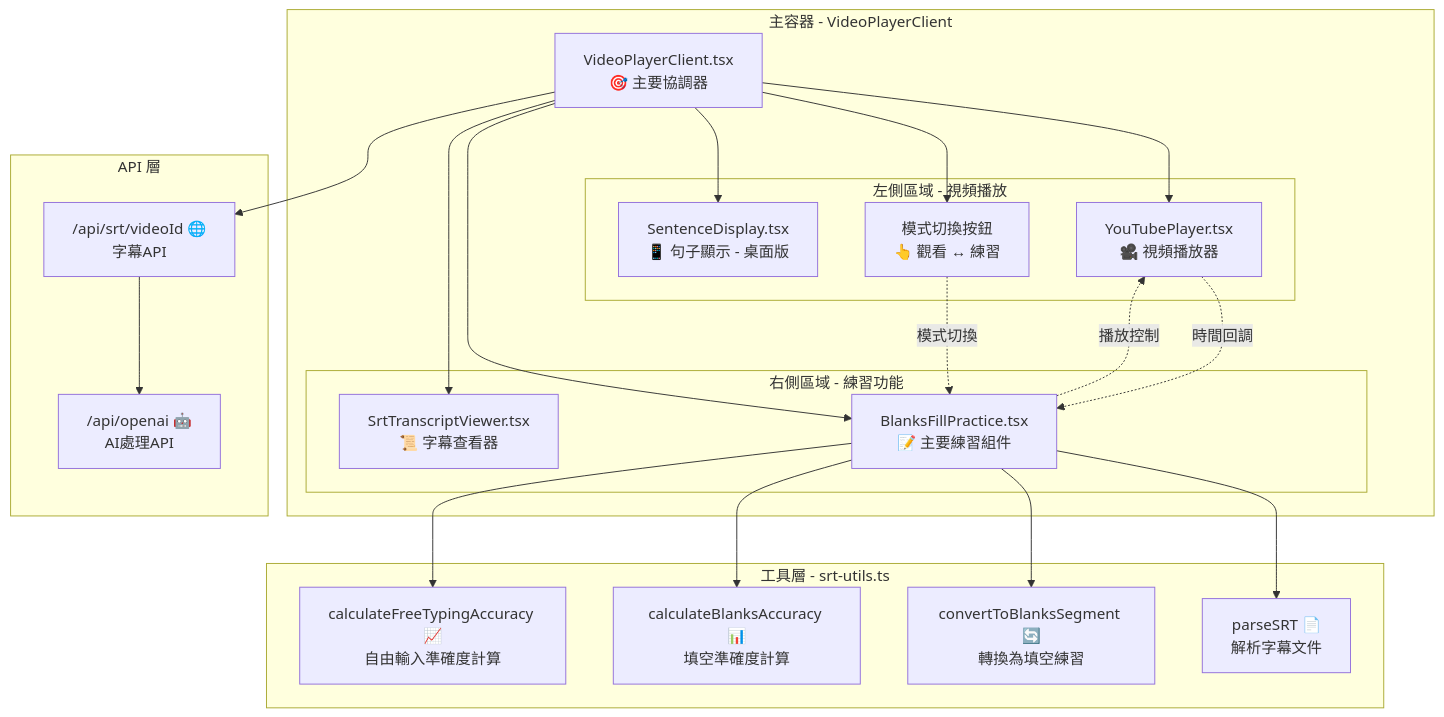
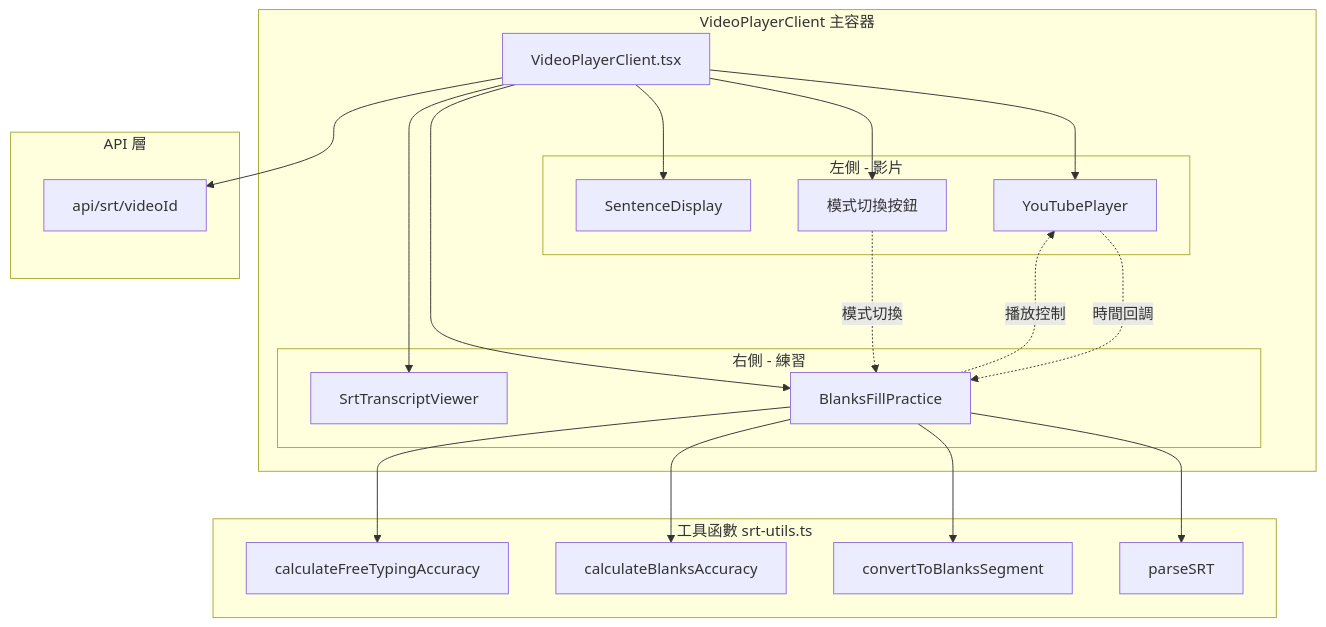
Before and after one commit to crazycjh/language-learning-transcribe: the first of 3 diagrams in docs/DICTATION_COMPONENTS_DIAGRAM.md, drawn with Mermaid. The commit also changed other lines of this file and 7 other files, not shown here.

````diff
--- a/docs/DICTATION_COMPONENTS_DIAGRAM.md
+++ b/docs/DICTATION_COMPONENTS_DIAGRAM.md
@@ -5,47 +7,45 @@
 ```mermaid
 graph TB
-    subgraph "主容器 - VideoPlayerClient"
-        VPC[VideoPlayerClient.tsx<br/>🎯 主要協調器]
+    subgraph "VideoPlayerClient 主容器"
+        VPC[VideoPlayerClient.tsx]
         
-        subgraph "左側區域 - 視頻播放"
-            YTP[YouTubePlayer.tsx<br/>🎥 視頻播放器]
-            MODE[模式切換按鈕<br/>👆 觀看 ↔ 練習]
-            SD[SentenceDisplay.tsx<br/>📱 句子顯示 - 桌面版]
+        subgraph "左側 - 影片"
+            YTP[YouTubePlayer]
+            MODE[模式切換按鈕]
+            SD[SentenceDisplay]
         end
         
-        subgraph "右側區域 - 練習功能"
-            BFP[BlanksFillPractice.tsx<br/>📝 主要練習組件]
-            STV[SrtTranscriptViewer.tsx<br/>📜 字幕查看器]
+        subgraph "右側 - 練習"
+            BFP[BlanksFillPractice]
+            STV[SrtTranscriptViewer]
         end
     end
     
-    subgraph "工具層 - srt-utils.ts"
-        PARSE[parseSRT 📄<br/>解析字幕文件]
-        CONVERT[convertToBlanksSegment 🔄<br/>轉換為填空練習]
-        CALC1[calculateBlanksAccuracy 📊<br/>填空準確度計算]
-        CALC2[calculateFreeTypingAccuracy 📈<br/>自由輸入準確度計算]
+    subgraph "工具函數 srt-utils.ts"
+        PARSE[parseSRT]
+        CONVERT[convertToBlanksSegment]
+        CALC1[calculateBlanksAccuracy]
+        CALC2[calculateFreeTypingAccuracy]
     end
     
     subgraph "API 層"
-        API["/api/srt/videoId 🌐<br/>字幕API"]
-        OPENAI["/api/openai 🤖<br/>AI處理API"]
+        API["api/srt/videoId"]
     end
     
     VPC --> YTP
     VPC --> MODE
     VPC --> SD
     VPC --> BFP
     VPC --> STV
     
     BFP --> PARSE
     BFP --> CONVERT
     BFP --> CALC1
     BFP --> CALC2
     
     VPC --> API
-    API --> OPENAI
     
     YTP -.->|時間回調| BFP
     MODE -.->|模式切換| BFP
     BFP -.->|播放控制| YTP
 ```
````
